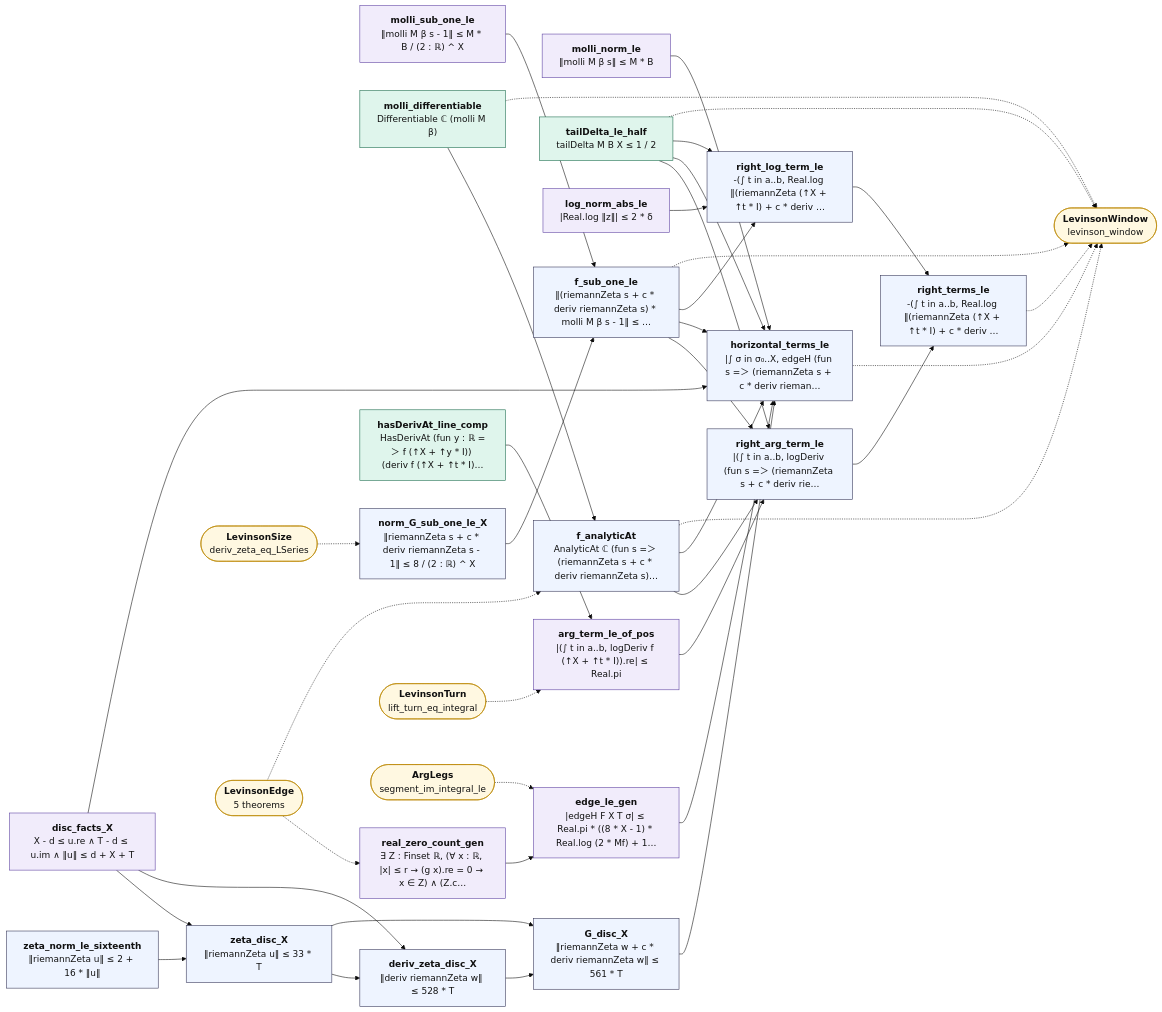
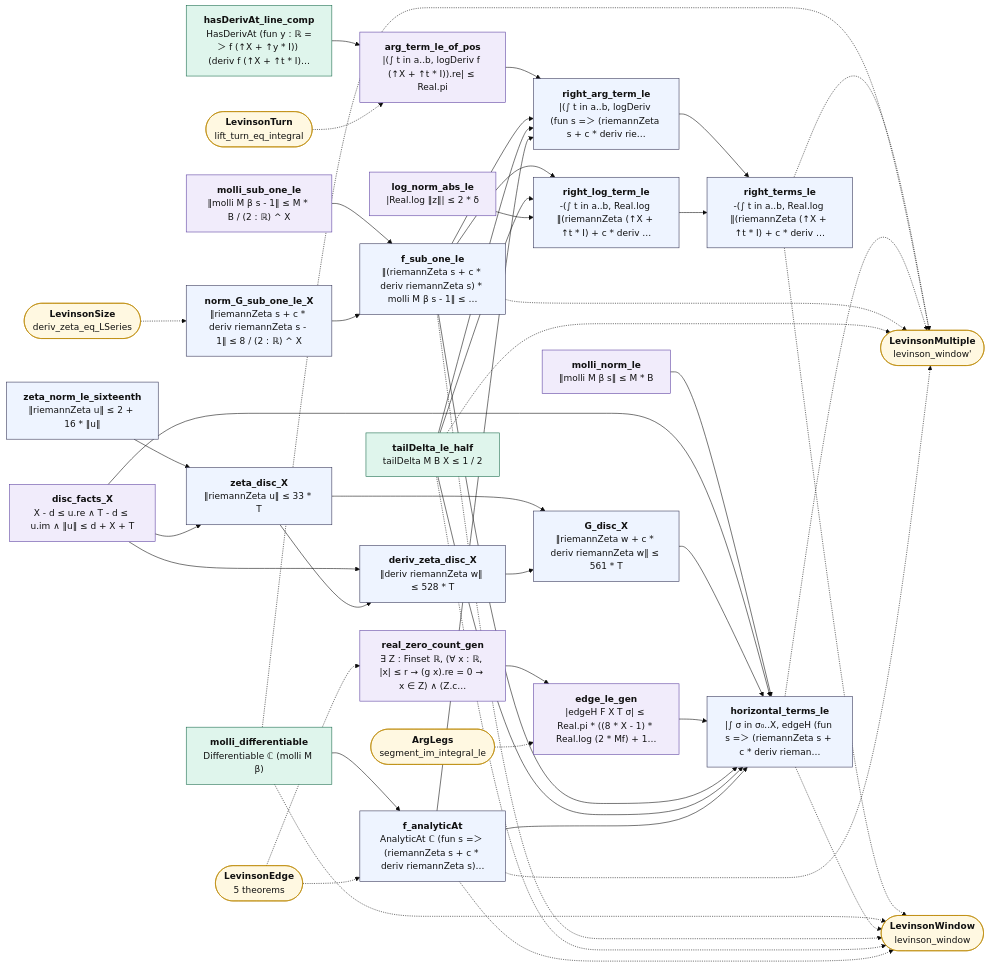
Before and after one commit to juliansambranojr/Primebeat_081426: the diagram in map/lean_stage3/LevinsonMollEdge.md, drawn with Mermaid (base theme). The commit also changed other lines of this file and 39 other files, not shown here.

````diff
--- a/map/lean_stage3/LevinsonMollEdge.md
+++ b/map/lean_stage3/LevinsonMollEdge.md
@@ -14,75 +14,82 @@
 ```mermaid
 flowchart LR
   n0["<b>molli_norm_le</b><br/>‖molli M β s‖ ≤ M * B"]:::shp
   n1["<b>molli_sub_one_le</b><br/>‖molli M β s - 1‖ ≤ M * B / (2 : ℝ) ^ X"]:::shp
   n2["<b>molli_differentiable</b><br/>Differentiable ℂ (molli M β)"]:::cnt
   n3["<b>norm_G_sub_one_le_X</b><br/>‖riemannZeta s + c * deriv riemannZeta s - 1‖ ≤ 8 / (2 : ℝ) ^ X"]:::thm
   n4["<b>f_sub_one_le</b><br/>‖(riemannZeta s + c * deriv riemannZeta s) * molli M β s - 1‖ ≤ …"]:::thm
   n5["<b>tailDelta_le_half</b><br/>tailDelta M B X ≤ 1 / 2"]:::cnt
   n6["<b>log_norm_abs_le</b><br/>|Real.log ‖z‖| ≤ 2 * δ"]:::shp
   n7["<b>hasDerivAt_line_comp</b><br/>HasDerivAt (fun y : ℝ =＞ f (↑X + ↑y * I)) (deriv f (↑X + ↑t * I)…"]:::cnt
   n8["<b>f_analyticAt</b><br/>AnalyticAt ℂ (fun s =＞ (riemannZeta s + c * deriv riemannZeta s)…"]:::thm
   n9["<b>right_log_term_le</b><br/>-(∫ t in a..b, Real.log ‖(riemannZeta (↑X + ↑t * I) + c * deriv …"]:::thm
   n10["<b>arg_term_le_of_pos</b><br/>|(∫ t in a..b, logDeriv f (↑X + ↑t * I)).re| ≤ Real.pi"]:::shp
   n11["<b>right_arg_term_le</b><br/>|(∫ t in a..b, logDeriv (fun s =＞ (riemannZeta s + c * deriv rie…"]:::thm
   n12["<b>right_terms_le</b><br/>-(∫ t in a..b, Real.log ‖(riemannZeta (↑X + ↑t * I) + c * deriv …"]:::thm
   n13["<b>zeta_norm_le_sixteenth</b><br/>‖riemannZeta u‖ ≤ 2 + 16 * ‖u‖"]:::thm
   n14["<b>disc_facts_X</b><br/>X - d ≤ u.re ∧ T - d ≤ u.im ∧ ‖u‖ ≤ d + X + T"]:::shp
   n15["<b>zeta_disc_X</b><br/>‖riemannZeta u‖ ≤ 33 * T"]:::thm
   n16["<b>deriv_zeta_disc_X</b><br/>‖deriv riemannZeta w‖ ≤ 528 * T"]:::thm
   n17["<b>G_disc_X</b><br/>‖riemannZeta w + c * deriv riemannZeta w‖ ≤ 561 * T"]:::thm
   n18["<b>real_zero_count_gen</b><br/>∃ Z : Finset ℝ, (∀ x : ℝ, |x| ≤ r → (g x).re = 0 → x ∈ Z) ∧ (Z.c…"]:::shp
   n19["<b>edge_le_gen</b><br/>|edgeH F X T σ| ≤ Real.pi * ((8 * X - 1) * Real.log (2 * Mf) + 1…"]:::shp
   n20["<b>horizontal_terms_le</b><br/>|∫ σ in σ₀..X, edgeH (fun s =＞ (riemannZeta s + c * deriv rieman…"]:::thm
-  x0(["<b>LevinsonWindow</b><br/>levinson_window"]):::ext
-  x1(["<b>LevinsonSize</b><br/>deriv_zeta_eq_LSeries"]):::ext
-  x2(["<b>LevinsonEdge</b><br/>5 theorems"]):::ext
-  x3(["<b>LevinsonTurn</b><br/>lift_turn_eq_integral"]):::ext
-  x4(["<b>ArgLegs</b><br/>segment_im_integral_le"]):::ext
+  x0(["<b>LevinsonMultiple</b><br/>levinson_window'"]):::ext
+  x1(["<b>LevinsonWindow</b><br/>levinson_window"]):::ext
+  x2(["<b>LevinsonSize</b><br/>deriv_zeta_eq_LSeries"]):::ext
+  x3(["<b>LevinsonEdge</b><br/>5 theorems"]):::ext
+  x4(["<b>LevinsonTurn</b><br/>lift_turn_eq_integral"]):::ext
+  x5(["<b>ArgLegs</b><br/>segment_im_integral_le"]):::ext
   n0 --> n20
   n1 --> n4
   n10 --> n11
   n11 --> n12
   n13 --> n15
   n14 --> n15
   n14 --> n16
   n14 --> n20
   n15 --> n16
   n15 --> n17
   n16 --> n17
   n17 --> n20
   n18 --> n19
   n19 --> n20
   n2 --> n8
   n3 --> n4
   n4 --> n11
   n4 --> n20
   n4 --> n9
   n5 --> n11
   n5 --> n20
   n5 --> n9
   n6 --> n9
   n7 --> n10
   n8 --> n11
   n8 --> n20
   n9 --> n12
   n12 -.-> x0
+  n12 -.-> x1
   n2 -.-> x0
+  n2 -.-> x1
   n20 -.-> x0
+  n20 -.-> x1
   n4 -.-> x0
+  n4 -.-> x1
   n5 -.-> x0
+  n5 -.-> x1
   n8 -.-> x0
-  x1 -.-> n3
-  x2 -.-> n18
-  x2 -.-> n8
-  x3 -.-> n10
-  x4 -.-> n19
+  n8 -.-> x1
+  x2 -.-> n3
+  x3 -.-> n18
+  x3 -.-> n8
+  x4 -.-> n10
+  x5 -.-> n19
   classDef cnt fill:#dff5ec,stroke:#17694a,color:#111
   classDef shp fill:#f1ecfb,stroke:#5b3fa0,color:#111
   classDef rh fill:#ffe5e5,stroke:#c22,color:#111,stroke-width:2px
   classDef thm fill:#eef4ff,stroke:#335,color:#111
   classDef end_ fill:#e7f7e7,stroke:#2a7,color:#111,stroke-width:2px
   classDef lone fill:#fff,stroke:#999,color:#111,stroke-dasharray:4 3
   classDef bad fill:#ffe5e5,stroke:#c22,color:#111,stroke-width:2px
   classDef ext fill:#fff8e1,stroke:#b80,color:#111
 ```
````
